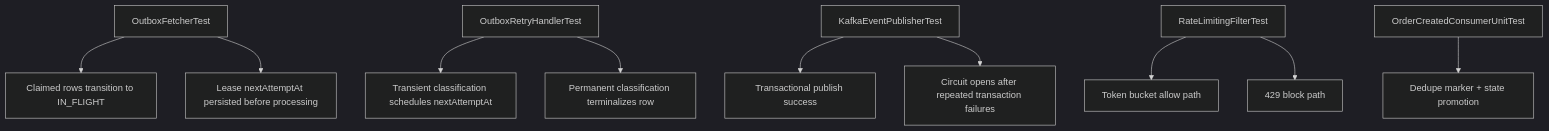
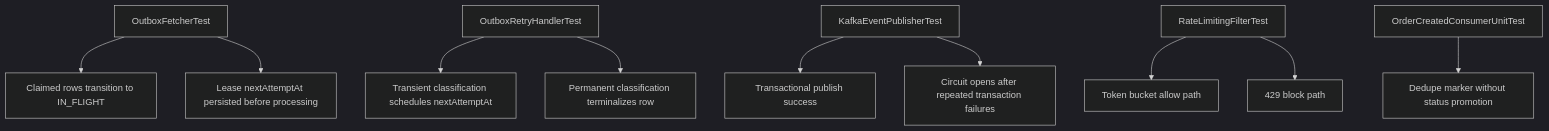
One commit to AbhinavT09/OrderProcessingSystem changed the diagram in docs/testing-and-quality.md. Above: the diagram before and after it, drawn with Mermaid (dark theme). The commit also changed other lines of this file and 36 other files, not shown here.

````diff
--- a/docs/testing-and-quality.md
+++ b/docs/testing-and-quality.md
@@ -74,12 +82,12 @@
 ```mermaid
 flowchart TD
     F[OutboxFetcherTest] --> F1[Claimed rows transition to IN_FLIGHT]
     F --> F2[Lease nextAttemptAt persisted before processing]
     A[OutboxRetryHandlerTest] --> A1[Transient classification schedules nextAttemptAt]
     A --> A2[Permanent classification terminalizes row]
     B[KafkaEventPublisherTest] --> B1[Transactional publish success]
     B --> B2[Circuit opens after repeated transaction failures]
     C[RateLimitingFilterTest] --> C1[Token bucket allow path]
     C --> C2[429 block path]
-    D[OrderCreatedConsumerUnitTest] --> D1[Dedupe marker + state promotion]
+    D[OrderCreatedConsumerUnitTest] --> D1[Dedupe marker without status promotion]
 ```
````
